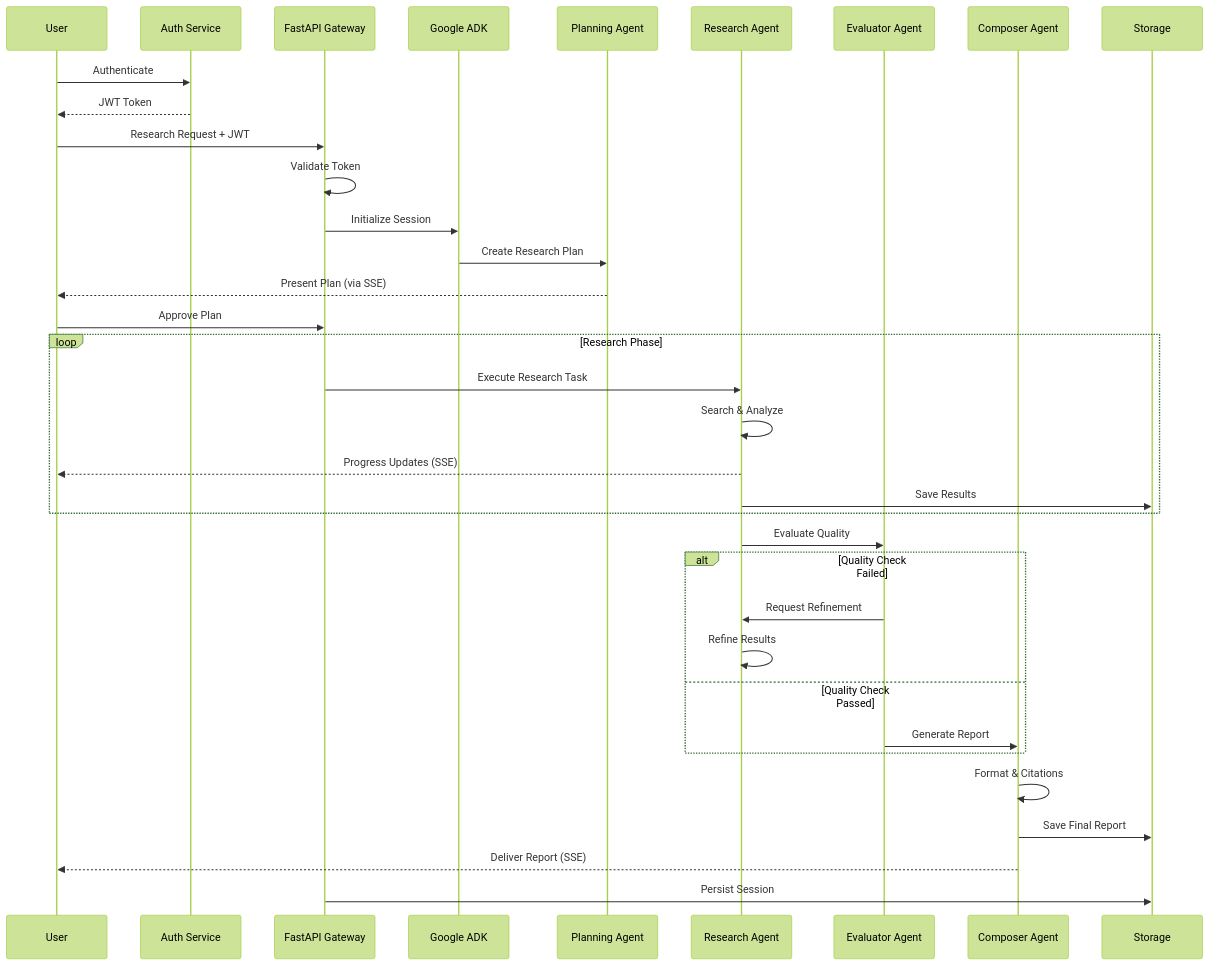
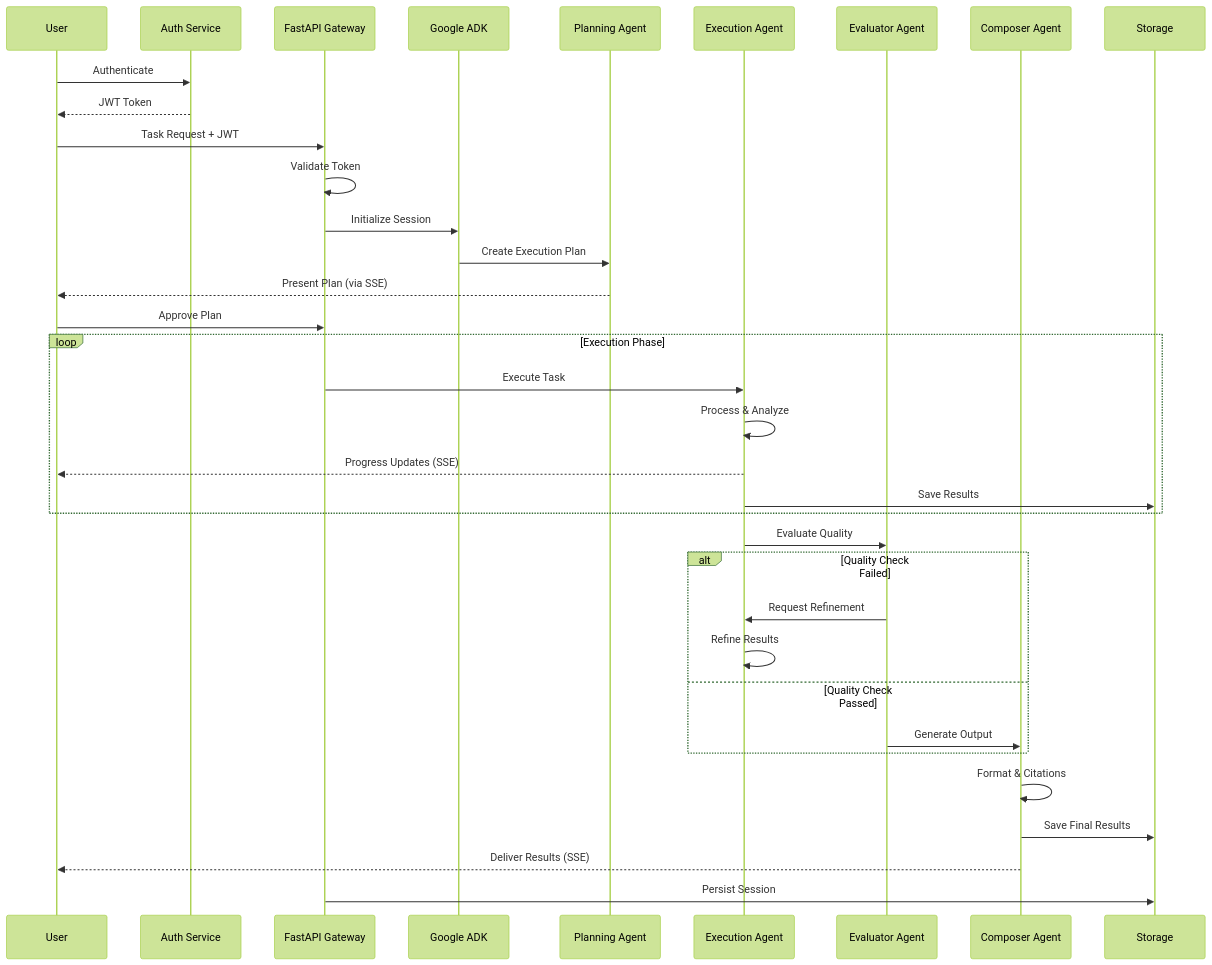
The diagram in README.md (NickB03/vana), drawn with Mermaid (forest theme) before and after one commit. The commit also changed other lines of this file and 1 other file, not shown here.

````diff
--- a/README.md
+++ b/README.md
@@ -358,45 +259,45 @@
 ```mermaid
 sequenceDiagram
     participant User
     participant Auth as Auth Service
     participant API as FastAPI Gateway
     participant ADK as Google ADK
     participant Plan as Planning Agent
-    participant Research as Research Agent
+    participant Execute as Execution Agent
     participant Eval as Evaluator Agent
     participant Compose as Composer Agent
     participant Store as Storage
-    
+
     User->>Auth: Authenticate
     Auth-->>User: JWT Token
-    
-    User->>API: Research Request + JWT
+
+    User->>API: Task Request + JWT
     API->>API: Validate Token
     API->>ADK: Initialize Session
-    
-    ADK->>Plan: Create Research Plan
+
+    ADK->>Plan: Create Execution Plan
     Plan-->>User: Present Plan (via SSE)
     User->>API: Approve Plan
-    
-    loop Research Phase
-        API->>Research: Execute Research Task
-        Research->>Research: Search & Analyze
-        Research-->>User: Progress Updates (SSE)
-        Research->>Store: Save Results
+
+    loop Execution Phase
+        API->>Execute: Execute Task
+        Execute->>Execute: Process & Analyze
+        Execute-->>User: Progress Updates (SSE)
+        Execute->>Store: Save Results
     end
-    
-    Research->>Eval: Evaluate Quality
-    
+
+    Execute->>Eval: Evaluate Quality
+
     alt Quality Check Failed
-        Eval->>Research: Request Refinement
-        Research->>Research: Refine Results
+        Eval->>Execute: Request Refinement
+        Execute->>Execute: Refine Results
     else Quality Check Passed
-        Eval->>Compose: Generate Report
+        Eval->>Compose: Generate Output
     end
-    
+
     Compose->>Compose: Format & Citations
-    Compose->>Store: Save Final Report
-    Compose-->>User: Deliver Report (SSE)
-    
+    Compose->>Store: Save Final Results
+    Compose-->>User: Deliver Results (SSE)
+
     API->>Store: Persist Session
 ```
````
